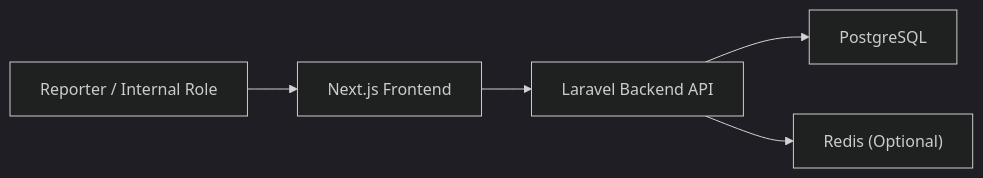
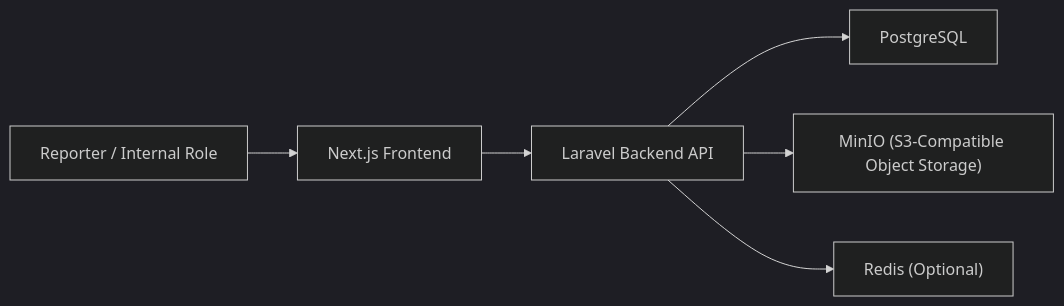
The first of 2 diagrams in docs/architecture.md (aidilikbar/wbs-thesis), drawn with Mermaid (dark theme) before and after one commit. The commit also changed other lines of this file and 4 other files, not shown here.

````diff
--- a/docs/architecture.md
+++ b/docs/architecture.md
@@ -15,7 +16,8 @@
 ```mermaid
 flowchart LR
     A["Reporter / Internal Role"] --> B["Next.js Frontend"]
     B --> C["Laravel Backend API"]
     C --> D["PostgreSQL"]
-    C --> E["Redis (Optional)"]
+    C --> E["MinIO (S3-Compatible Object Storage)"]
+    C --> F["Redis (Optional)"]
 ```
````
